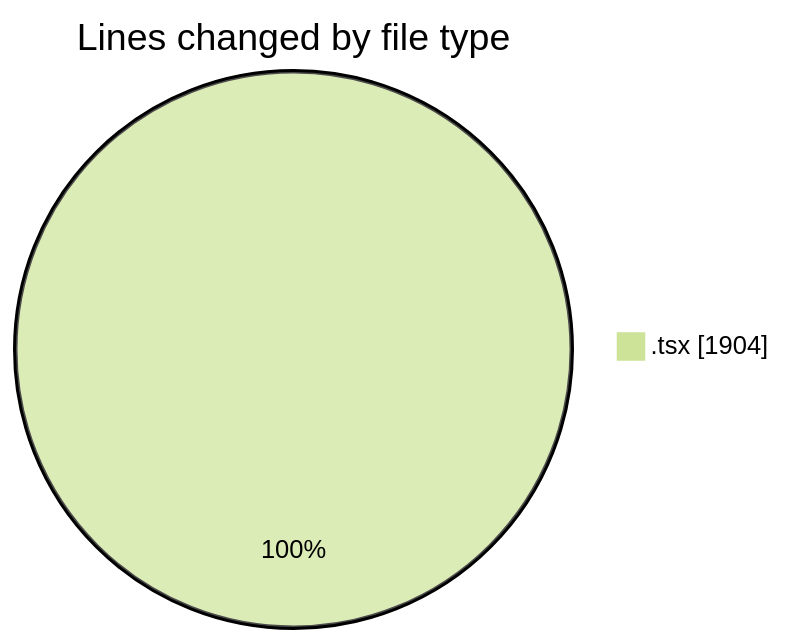
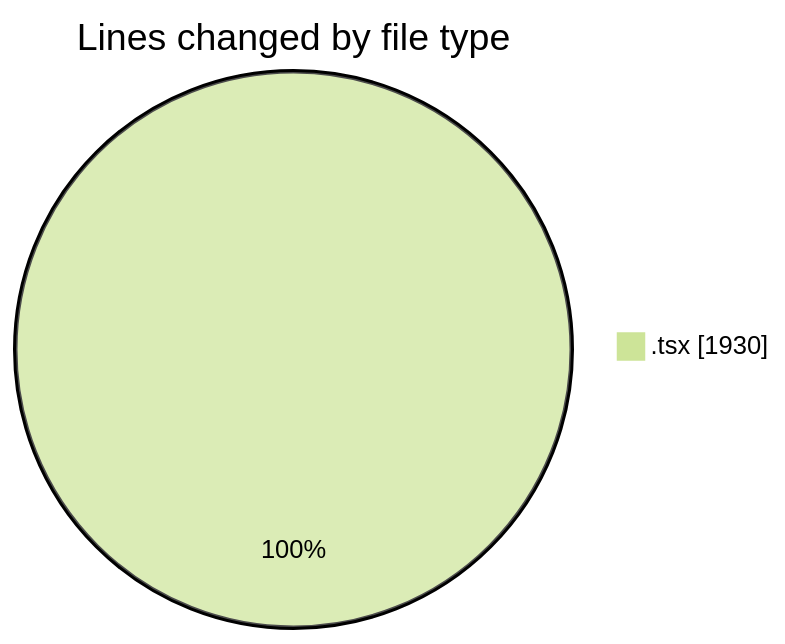
Before and after one commit to momahboobian/code-tracking: the first of 2 diagrams in 2025-06-12/cda/README.md, drawn with Mermaid (forest theme). The commit also changed other lines of this file and 1 other file, not shown here.

````diff
--- a/2025-06-12/cda/README.md
+++ b/2025-06-12/cda/README.md
@@ -23,5 +23,5 @@
 ```mermaid
 pie showData
 title Lines changed by file type
-".tsx" : 1904
+".tsx" : 1930
 ```
````
